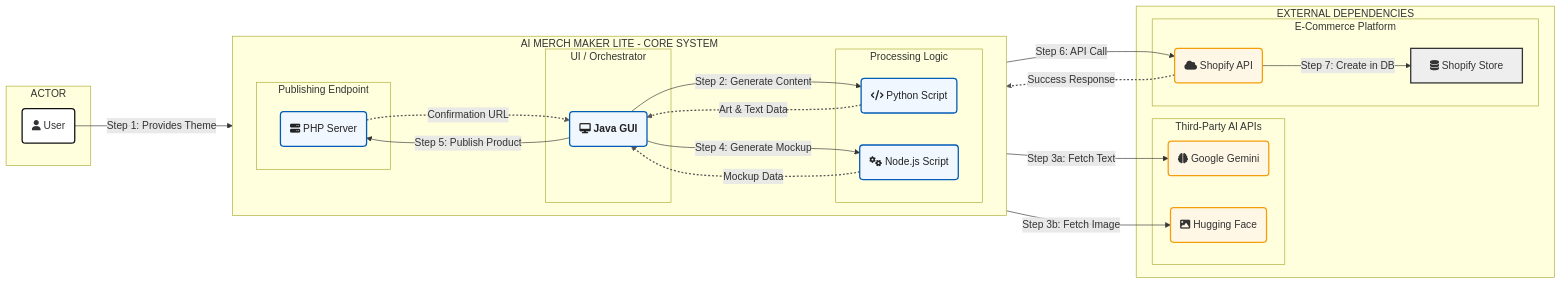
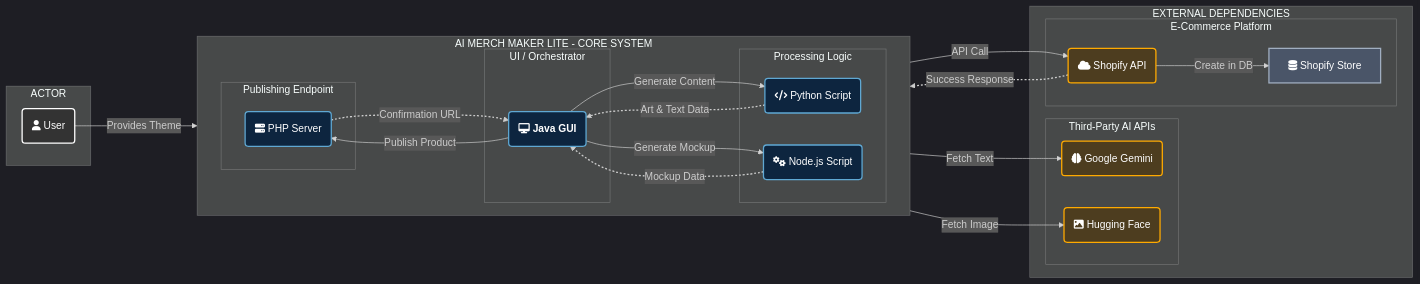
Before and after one commit to Shashank-1K/AI_Merch_Maker_Lite: the diagram in README.md, drawn with Mermaid.

````diff
--- a/README.md
+++ b/README.md
@@ -19,66 +19,67 @@
 ```mermaid
+%%{init: { 'theme': 'dark' } }%%
 graph LR
-    %% --- 1. Style Definitions for a Professional Look ---
-    classDef coreSystem fill:#f0f7ff,stroke:#005cb8,stroke-width:2px,color:#222
-    classDef userStyle fill:#fff,stroke:#111,stroke-width:2px
-    classDef externalApi fill:#fff7e6,stroke:#f59e0b,stroke-width:2px
-    classDef datastore fill:#eee,stroke:#333,stroke-width:2px
+    %% --- 1. Style Definitions for High-Contrast Dark Mode ---
+    classDef coreSystem fill:#0d253f,stroke:#5fa8d3,stroke-width:2px,color:#fff
+    classDef userStyle fill:#333,stroke:#fff,stroke-width:2px,color:#fff
+    classDef externalApi fill:#4d3d1f,stroke:#ffaa00,stroke-width:2px,color:#fff
+    classDef datastore fill:#4a5568,stroke:#a0aec0,stroke-width:2px,color:#fff
     
     %% --- 2. Node & Subgraph Definitions in Logical Lanes ---
     subgraph "ACTOR"
         User("fa:fa-user User")
     end
 
     subgraph "AI MERCH MAKER LITE - CORE SYSTEM"
         direction LR
         subgraph "UI / Orchestrator"
             A("fa:fa-desktop <b>Java GUI</b>")
         end
         subgraph "Processing Logic"
             B("fa:fa-code Python Script")
             C("fa:fa-cogs Node.js Script")
         end
         subgraph "Publishing Endpoint"
             E("fa:fa-server PHP Server")
         end
     end
 
     subgraph "EXTERNAL DEPENDENCIES"
         subgraph "Third-Party AI APIs"
             D1("fa:fa-brain Google Gemini")
             D2("fa:fa-image Hugging Face")
         end
         subgraph "E-Commerce Platform"
             F("fa:fa-cloud Shopify API")
             G["fa:fa-database Shopify Store"]
         end
     end
 
-    %% --- 3. Workflow Connections with Clear Sequence ---
-    User -- "Step 1: Provides Theme" --> A
+    %% --- 3. Workflow Connections ---
+    User -- "Provides Theme" --> A
     
-    A -- "Step 2: Generate Content" --> B
-    B -- "Step 3a: Fetch Text" --> D1
-    B -- "Step 3b: Fetch Image" --> D2
+    A -- "Generate Content" --> B
+    B -- "Fetch Text" --> D1
+    B -- "Fetch Image" --> D2
     
-    A -- "Step 4: Generate Mockup" --> C
+    A -- "Generate Mockup" --> C
 
-    A -- "Step 5: Publish Product" --> E
-    E -- "Step 6: API Call" --> F
-    F -- "Step 7: Create in DB" --> G
+    A -- "Publish Product" --> E
+    E -- "API Call" --> F
+    F -- "Create in DB" --> G
 
     %% --- Data Return Path (Un-numbered) ---
     B -.-> |"Art & Text Data"| A
     C -.-> |"Mockup Data"| A
     F -.-> |"Success Response"| E
     E -.-> |"Confirmation URL"| A
 
     %% --- 4. Style Assignments ---
     class User userStyle
     class A,B,C,E coreSystem
     class D1,D2,F externalApi
     class G datastore
     
     %% --- 5. Link Style for Return Path ---
-    linkStyle 8,9,10,11 stroke:#555,stroke-width:2px,stroke-dasharray:3 3
+    linkStyle 8,9,10,11 stroke:#ccc,stroke-width:2px,stroke-dasharray:3 3
 ```
````
